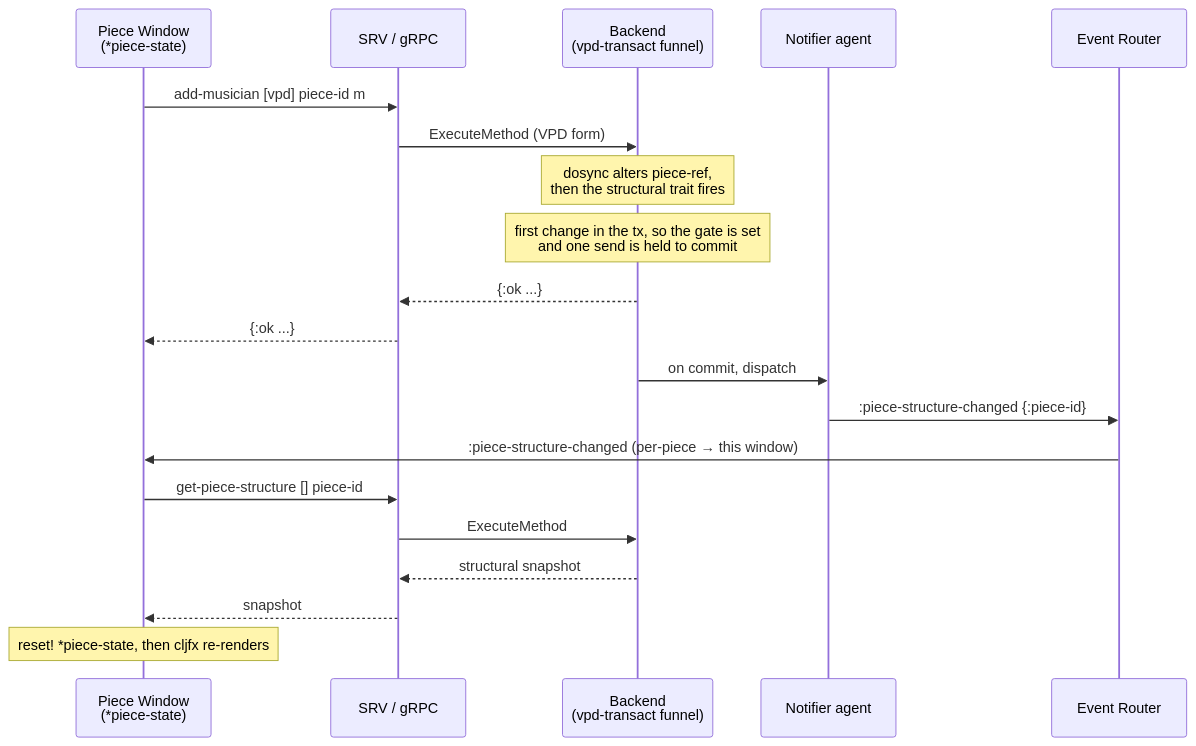
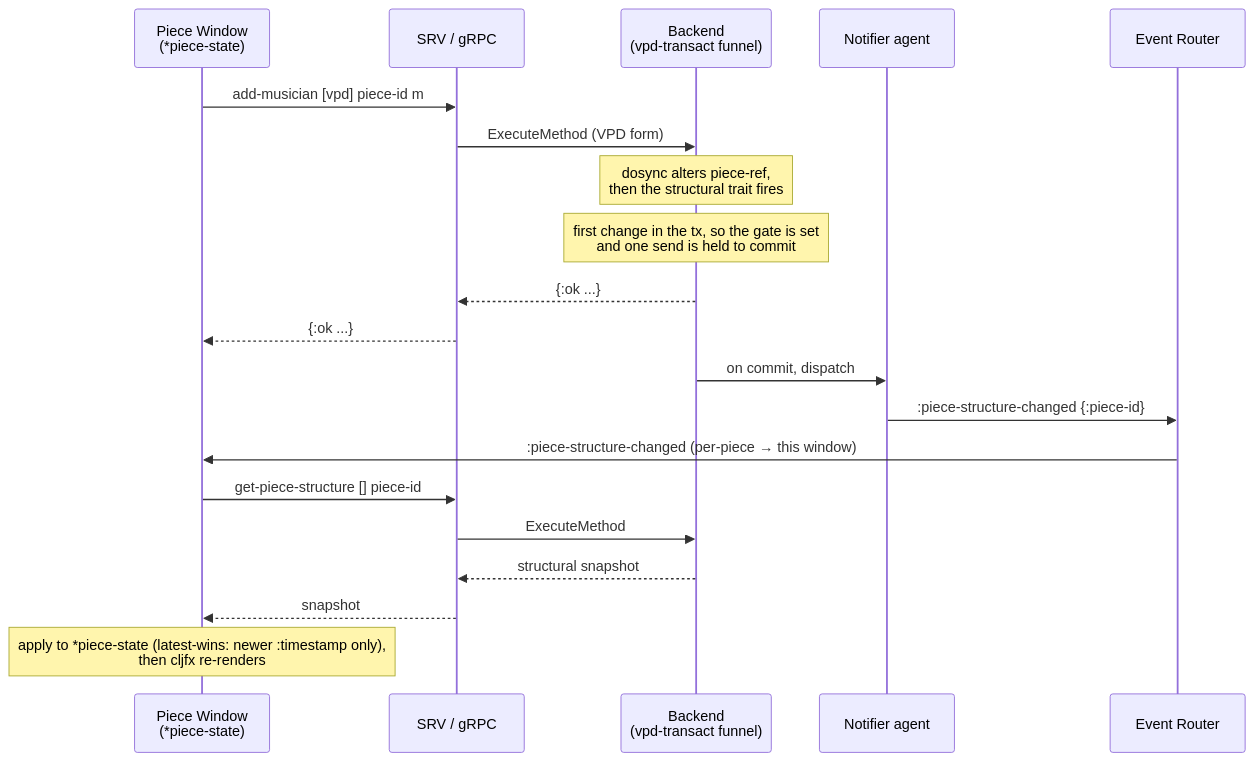
The first of 2 diagrams in ADRs/0052-Change-Detection-and-Event-Generation.md (PeterBengtson/Ooloi-docs), drawn with Mermaid before and after one commit. The commit also changed 3 other files, not shown here.

````diff
--- a/ADRs/0052-Change-Detection-and-Event-Generation.md
+++ b/ADRs/0052-Change-Detection-and-Event-Generation.md
@@ -148,23 +148,23 @@
 ```mermaid
 sequenceDiagram
     participant FE as Piece Window<br/>(*piece-state)
     participant SRV as SRV / gRPC
     participant BE as Backend<br/>(vpd-transact funnel)
     participant AG as Notifier agent
     participant ER as Event Router
 
     FE->>SRV: add-musician [vpd] piece-id m
     SRV->>BE: ExecuteMethod (VPD form)
     Note over BE: dosync alters piece-ref,<br/>then the structural trait fires
     Note over BE: first change in the tx, so the gate is set<br/>and one send is held to commit
     BE-->>SRV: {:ok ...}
     SRV-->>FE: {:ok ...}
     BE->>AG: on commit, dispatch
     AG->>ER: :piece-structure-changed {:piece-id}
     ER->>FE: :piece-structure-changed (per-piece → this window)
     FE->>SRV: get-piece-structure [] piece-id
     SRV->>BE: ExecuteMethod
     BE-->>SRV: structural snapshot
     SRV-->>FE: snapshot
-    Note over FE: reset! *piece-state, then cljfx re-renders
+    Note over FE: apply to *piece-state (latest-wins: newer :timestamp only),<br/>then cljfx re-renders
 ```
````
